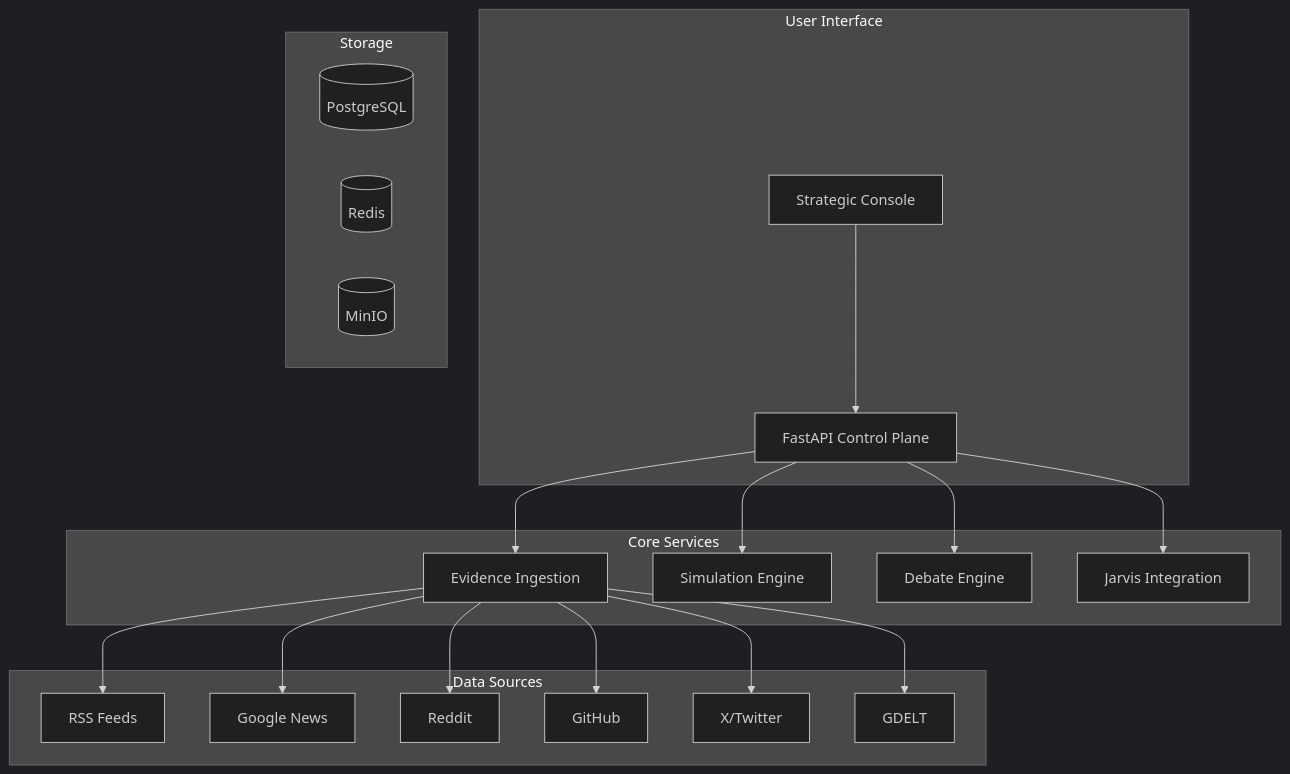
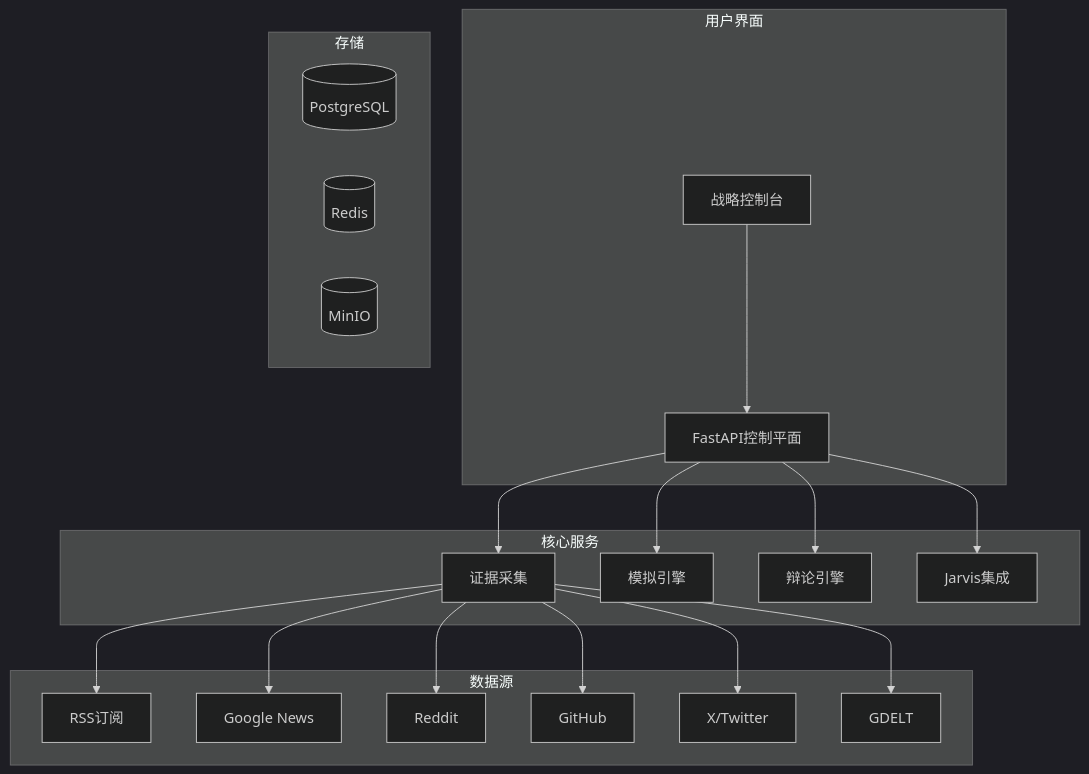
Before and after one commit to dashitongzhi/MingJian: the diagram in README.md, drawn with Mermaid (dark theme). The commit also changed other lines of this file and 6 other files, not shown here.

````diff
--- a/README.md
+++ b/README.md
@@ -325,42 +199,42 @@
 ```mermaid
 graph TB
-    subgraph "User Interface"
-        Console[Strategic Console]
-        API[FastAPI Control Plane]
+    subgraph "用户界面"
+        Console[战略控制台]
+        API[FastAPI控制平面]
     end
     
-    subgraph "Core Services"
-        Evidence[Evidence Ingestion]
-        Simulation[Simulation Engine]
-        Debate[Debate Engine]
-        Jarvis[Jarvis Integration]
+    subgraph "核心服务"
+        Evidence[证据采集]
+        Simulation[模拟引擎]
+        Debate[辩论引擎]
+        Jarvis[Jarvis集成]
     end
     
-    subgraph "Data Sources"
-        RSS[RSS Feeds]
+    subgraph "数据源"
+        RSS[RSS订阅]
         News[Google News]
         Reddit[Reddit]
         GitHub[GitHub]
         X[X/Twitter]
         GDELT[GDELT]
     end
     
-    subgraph "Storage"
+    subgraph "存储"
         PostgreSQL[(PostgreSQL)]
         Redis[(Redis)]
         MinIO[(MinIO)]
     end
     
     Console --> API
     API --> Evidence
     API --> Simulation
     API --> Debate
     API --> Jarvis
     
     Evidence --> RSS
     Evidence --> News
     Evidence --> Reddit
     Evidence --> GitHub
     Evidence --> X
     Evidence --> GDELT
 ```
````
